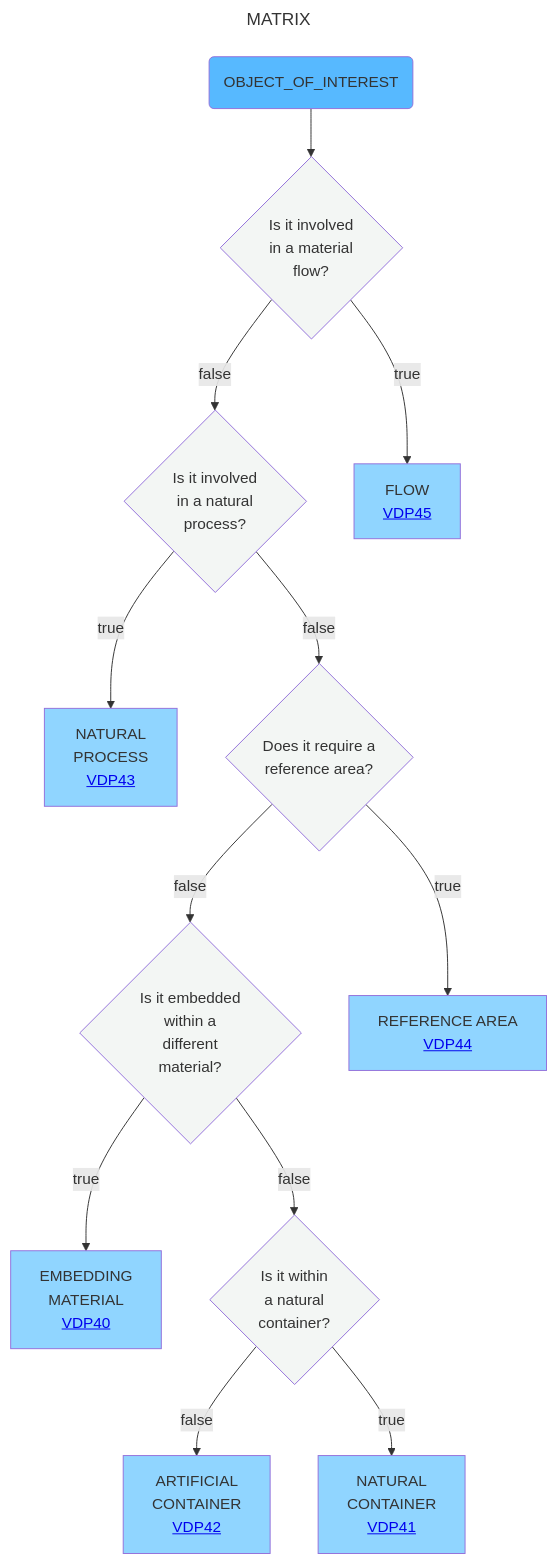
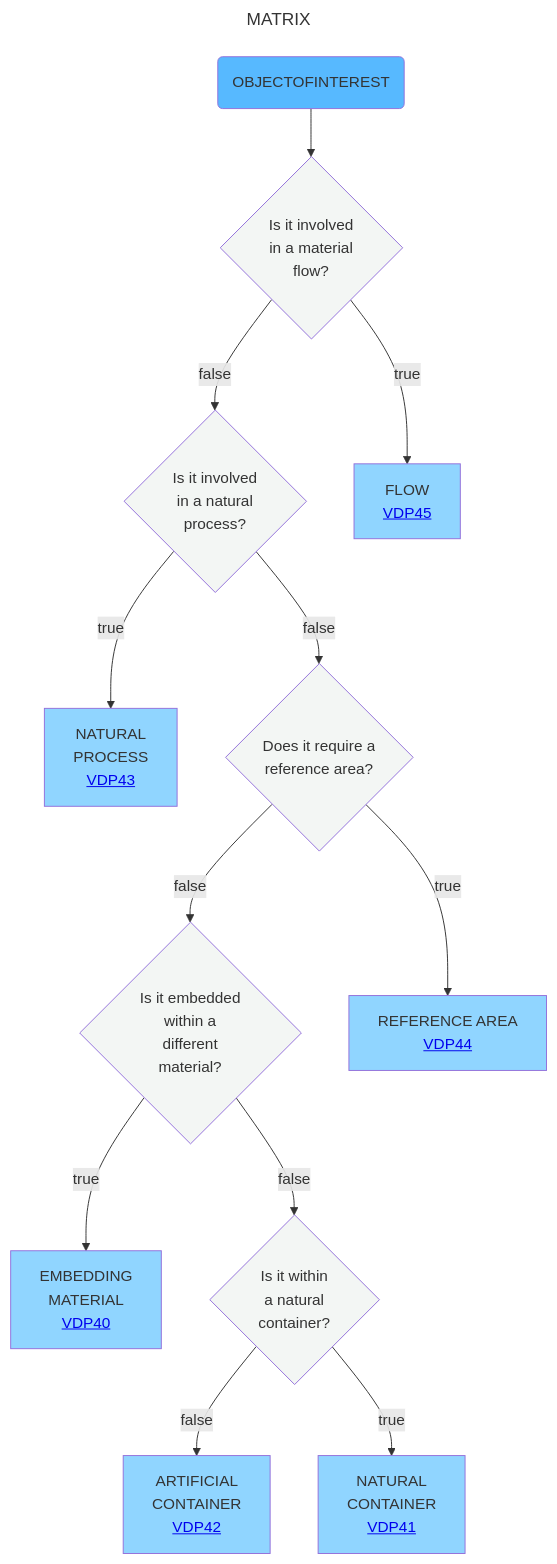
The diagram in Decisition_trees/DT8.mmd (mabablue/I-ADOPT-patterns-playground), drawn with Mermaid before and after one commit.

Commit message:
Fix typo in OBJECT_OF_INTEREST label

```diff
--- a/Decisition_trees/DT8.mmd
+++ b/Decisition_trees/DT8.mmd
@@ -1,20 +1,20 @@
 ---
 title: MATRIX
 ---
 flowchart TD
-    A(OBJECT_OF_INTEREST):::satblue  --> AB{Is it involved <br> in a material <br> flow?}:::white
+    A(OBJECTOFINTEREST):::satblue  --> AB{Is it involved <br> in a material <br> flow?}:::white
     AB --> |false|B{Is it involved <br> in a natural <br>process?}:::white
     AB --> |true|O[FLOW <br> <a href='https://github.com/mabablue/I-ADOPT-patterns-playground/blob/main/pattern/VDP45.yaml'>VDP45</a>]:::blue
     B --> |true|C[NATURAL <br> PROCESS <br> <a href='https://github.com/mabablue/I-ADOPT-patterns-playground/blob/main/pattern/VDP43.yaml'>VDP43</a>]:::blue
     B --> |false|D{Does it require a <br> reference area?}:::white
     D --> |false|E{Is it embedded <br> within a <br> different <br> material?}:::white
     D --> |true|F[REFERENCE AREA <br> <a href='https://github.com/mabablue/I-ADOPT-patterns-playground/blob/main/pattern/VDP44.yaml'>VDP44</a>]:::blue
     E --> |true|G[EMBEDDING <br> MATERIAL <br> <a href='https://github.com/mabablue/I-ADOPT-patterns-playground/blob/main/pattern/VDP40.yaml'>VDP40</a>]:::blue
     E --> |false|H{Is it within <br> a natural <br> container?}:::white
     H --> |false|I[ARTIFICIAL <br> CONTAINER <br> <a href='https://github.com/mabablue/I-ADOPT-patterns-playground/blob/main/pattern/VDP42.yaml'>VDP42</a>]:::blue
     H --> |true|J[NATURAL <br> CONTAINER <br> <a href='https://github.com/mabablue/I-ADOPT-patterns-playground/blob/main/pattern/VDP41.yaml'>VDP41</a>]:::blue
 
    classDef blue fill:#90D5FF
    classDef satblue fill:#57B9FF 
    classDef white fill:#f3f6f4
    classDef green fill:#6aa84f
```
